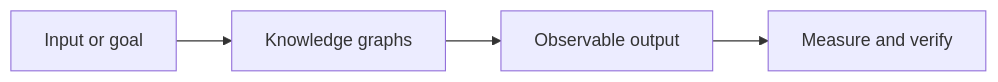
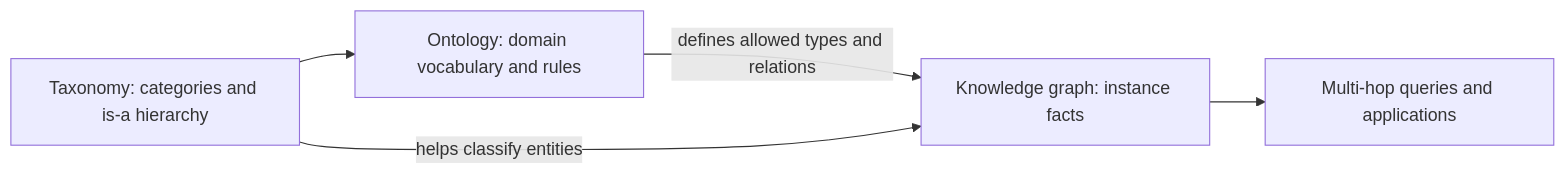
The diagram in guides/concepts/048-knowledge-graphs.md (pritamnikam/ai-ml-genai-engineering-playbook), drawn with Mermaid before and after one commit. The commit also changed other lines of this file and 10 other files, not shown here.

````diff
--- a/guides/concepts/048-knowledge-graphs.md
+++ b/guides/concepts/048-knowledge-graphs.md
@@ -23,6 +88,7 @@
 ```mermaid
 flowchart LR
-    A[Input or goal] --> B[Knowledge graphs]
-    B --> C[Observable output]
-    C --> D[Measure and verify]
+    T[Taxonomy: categories and is-a hierarchy] --> O[Ontology: domain vocabulary and rules]
+    O -->|defines allowed types and relations| K[Knowledge graph: instance facts]
+    T -->|helps classify entities| K
+    K --> Q[Multi-hop queries and applications]
 ```
````
